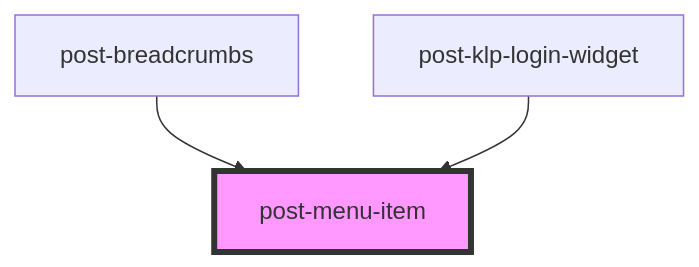
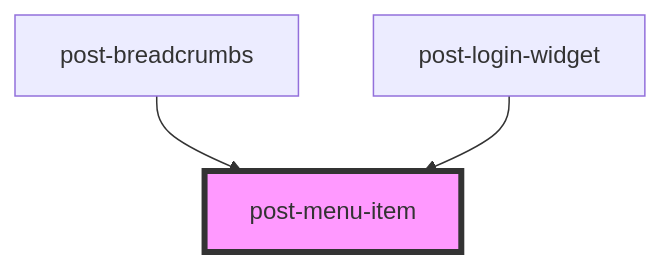
Before and after one commit to swisspost/design-system: the diagram in packages/components/src/components/post-menu-item/readme.md, drawn with Mermaid. The commit also changed other lines of this file and 12 other files, not shown here.

````diff
--- a/packages/components/src/components/post-menu-item/readme.md
+++ b/packages/components/src/components/post-menu-item/readme.md
@@ -14,6 +14,6 @@
 ```mermaid
 graph TD;
   post-breadcrumbs --> post-menu-item
-  post-klp-login-widget --> post-menu-item
+  post-login-widget --> post-menu-item
   style post-menu-item fill:#f9f,stroke:#333,stroke-width:4px
 ```
````
